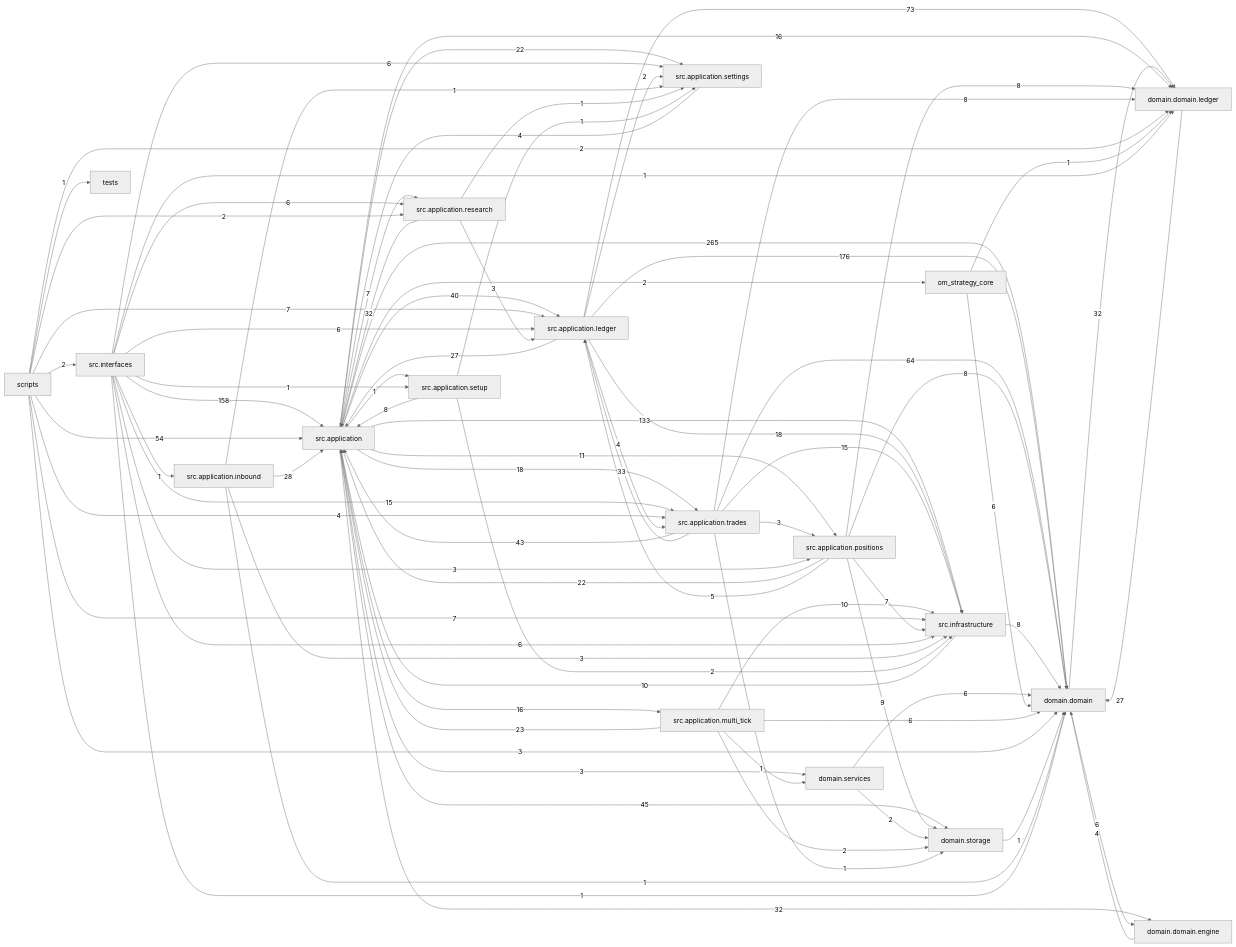
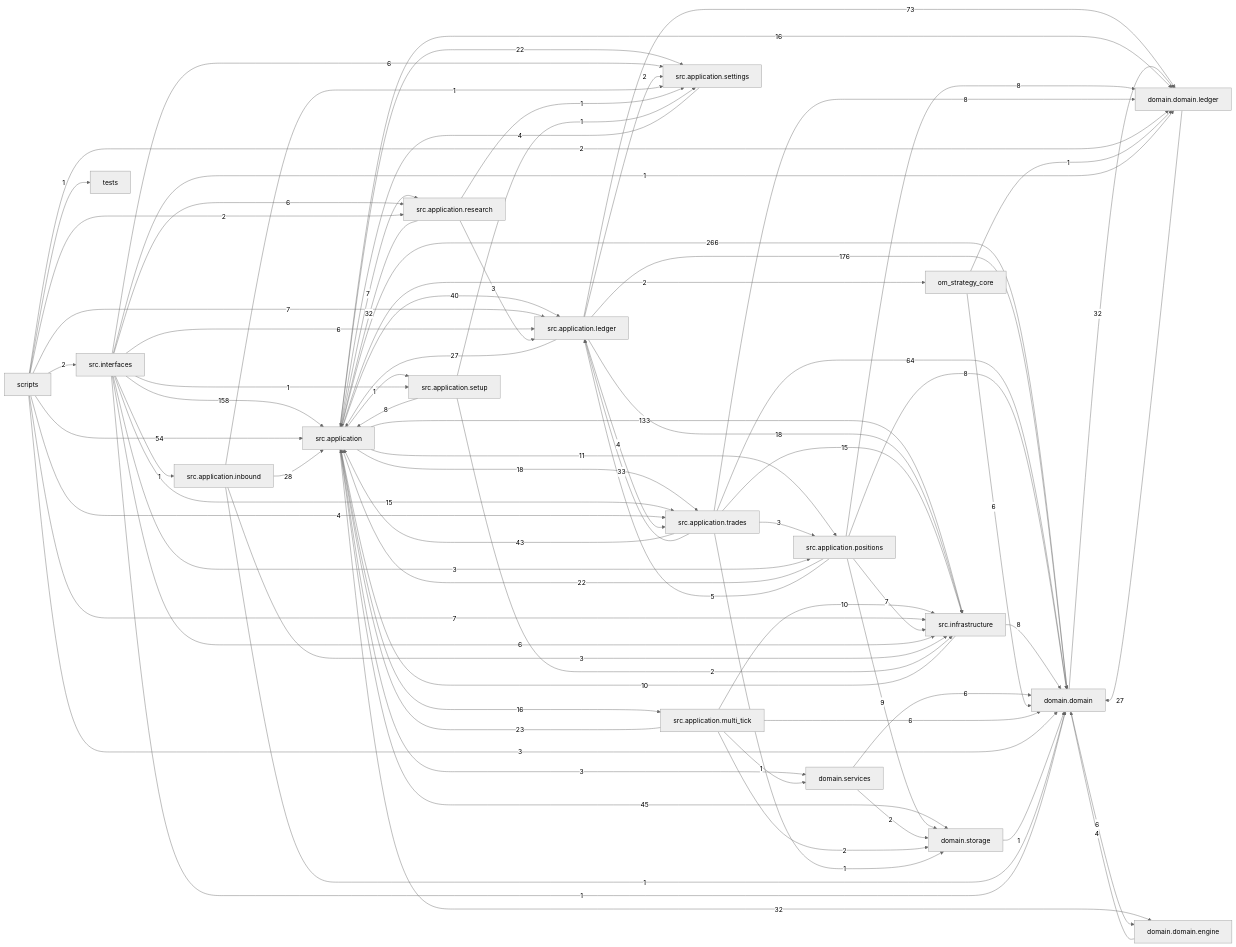
Before and after one commit to liuxie066/options-monitor: the diagram in docs/dependency_graph.mmd, drawn with Mermaid (neutral theme). The commit also changed 6 other files, not shown here.

```diff
--- a/docs/dependency_graph.mmd
+++ b/docs/dependency_graph.mmd
@@ -1,81 +1,81 @@
 flowchart LR
-  src_application["src.application"] -->|265| domain_domain["domain.domain"]
+  src_application["src.application"] -->|266| domain_domain["domain.domain"]
   src_application_ledger["src.application.ledger"] -->|176| domain_domain["domain.domain"]
   src_interfaces["src.interfaces"] -->|158| src_application["src.application"]
   src_application["src.application"] -->|133| src_infrastructure["src.infrastructure"]
   src_application_ledger["src.application.ledger"] -->|73| domain_domain_ledger["domain.domain.ledger"]
   src_application_trades["src.application.trades"] -->|64| domain_domain["domain.domain"]
   scripts["scripts"] -->|54| src_application["src.application"]
   src_application["src.application"] -->|45| domain_storage["domain.storage"]
   src_application_trades["src.application.trades"] -->|43| src_application["src.application"]
   src_application["src.application"] -->|40| src_application_ledger["src.application.ledger"]
   src_application_trades["src.application.trades"] -->|33| src_application_ledger["src.application.ledger"]
   domain_domain["domain.domain"] -->|32| domain_domain_ledger["domain.domain.ledger"]
   src_application["src.application"] -->|32| domain_domain_engine["domain.domain.engine"]
   src_application_research["src.application.research"] -->|32| src_application["src.application"]
   src_application_inbound["src.application.inbound"] -->|28| src_application["src.application"]
   domain_domain_ledger["domain.domain.ledger"] -->|27| domain_domain["domain.domain"]
   src_application_ledger["src.application.ledger"] -->|27| src_application["src.application"]
   src_application_multi_tick["src.application.multi_tick"] -->|23| src_application["src.application"]
   src_application["src.application"] -->|22| src_application_settings["src.application.settings"]
   src_application_positions["src.application.positions"] -->|22| src_application["src.application"]
   src_application["src.application"] -->|18| src_application_trades["src.application.trades"]
   src_application_ledger["src.application.ledger"] -->|18| src_infrastructure["src.infrastructure"]
   src_application["src.application"] -->|16| domain_domain_ledger["domain.domain.ledger"]
   src_application["src.application"] -->|16| src_application_multi_tick["src.application.multi_tick"]
   src_application_trades["src.application.trades"] -->|15| src_infrastructure["src.infrastructure"]
   src_interfaces["src.interfaces"] -->|15| src_application_trades["src.application.trades"]
   src_application["src.application"] -->|11| src_application_positions["src.application.positions"]
   src_application_multi_tick["src.application.multi_tick"] -->|10| src_infrastructure["src.infrastructure"]
   src_infrastructure["src.infrastructure"] -->|10| src_application["src.application"]
   src_application_positions["src.application.positions"] -->|9| domain_storage["domain.storage"]
   src_application_positions["src.application.positions"] -->|8| domain_domain["domain.domain"]
   src_application_positions["src.application.positions"] -->|8| domain_domain_ledger["domain.domain.ledger"]
   src_application_setup["src.application.setup"] -->|8| src_application["src.application"]
   src_application_trades["src.application.trades"] -->|8| domain_domain_ledger["domain.domain.ledger"]
   src_infrastructure["src.infrastructure"] -->|8| domain_domain["domain.domain"]
   scripts["scripts"] -->|7| src_application_ledger["src.application.ledger"]
   scripts["scripts"] -->|7| src_infrastructure["src.infrastructure"]
   src_application["src.application"] -->|7| src_application_research["src.application.research"]
   src_application_positions["src.application.positions"] -->|7| src_infrastructure["src.infrastructure"]
   domain_domain["domain.domain"] -->|6| domain_domain_engine["domain.domain.engine"]
   domain_services["domain.services"] -->|6| domain_domain["domain.domain"]
   om_strategy_core["om_strategy_core"] -->|6| domain_domain["domain.domain"]
   src_application_multi_tick["src.application.multi_tick"] -->|6| domain_domain["domain.domain"]
   src_interfaces["src.interfaces"] -->|6| src_application_ledger["src.application.ledger"]
   src_interfaces["src.interfaces"] -->|6| src_application_research["src.application.research"]
   src_interfaces["src.interfaces"] -->|6| src_application_settings["src.application.settings"]
   src_interfaces["src.interfaces"] -->|6| src_infrastructure["src.infrastructure"]
   src_application_positions["src.application.positions"] -->|5| src_application_ledger["src.application.ledger"]
   domain_domain_engine["domain.domain.engine"] -->|4| domain_domain["domain.domain"]
   scripts["scripts"] -->|4| src_application_trades["src.application.trades"]
   src_application_ledger["src.application.ledger"] -->|4| src_application_trades["src.application.trades"]
   src_application_settings["src.application.settings"] -->|4| src_application["src.application"]
   scripts["scripts"] -->|3| domain_domain["domain.domain"]
   src_application["src.application"] -->|3| domain_services["domain.services"]
   src_application_inbound["src.application.inbound"] -->|3| src_infrastructure["src.infrastructure"]
   src_application_research["src.application.research"] -->|3| src_application_ledger["src.application.ledger"]
   src_application_trades["src.application.trades"] -->|3| src_application_positions["src.application.positions"]
   src_interfaces["src.interfaces"] -->|3| src_application_positions["src.application.positions"]
   domain_services["domain.services"] -->|2| domain_storage["domain.storage"]
   scripts["scripts"] -->|2| domain_domain_ledger["domain.domain.ledger"]
   scripts["scripts"] -->|2| src_application_research["src.application.research"]
   scripts["scripts"] -->|2| src_interfaces["src.interfaces"]
   src_application["src.application"] -->|2| om_strategy_core["om_strategy_core"]
   src_application_ledger["src.application.ledger"] -->|2| src_application_settings["src.application.settings"]
   src_application_multi_tick["src.application.multi_tick"] -->|2| domain_storage["domain.storage"]
   src_application_setup["src.application.setup"] -->|2| src_infrastructure["src.infrastructure"]
   domain_storage["domain.storage"] -->|1| domain_domain["domain.domain"]
   om_strategy_core["om_strategy_core"] -->|1| domain_domain_ledger["domain.domain.ledger"]
   scripts["scripts"] -->|1| tests["tests"]
   src_application["src.application"] -->|1| src_application_setup["src.application.setup"]
   src_application_inbound["src.application.inbound"] -->|1| domain_domain["domain.domain"]
   src_application_inbound["src.application.inbound"] -->|1| src_application_settings["src.application.settings"]
   src_application_multi_tick["src.application.multi_tick"] -->|1| domain_services["domain.services"]
   src_application_research["src.application.research"] -->|1| src_application_settings["src.application.settings"]
   src_application_setup["src.application.setup"] -->|1| src_application_settings["src.application.settings"]
   src_application_trades["src.application.trades"] -->|1| domain_storage["domain.storage"]
   src_interfaces["src.interfaces"] -->|1| domain_domain["domain.domain"]
   src_interfaces["src.interfaces"] -->|1| domain_domain_ledger["domain.domain.ledger"]
   src_interfaces["src.interfaces"] -->|1| src_application_inbound["src.application.inbound"]
   src_interfaces["src.interfaces"] -->|1| src_application_setup["src.application.setup"]
```
